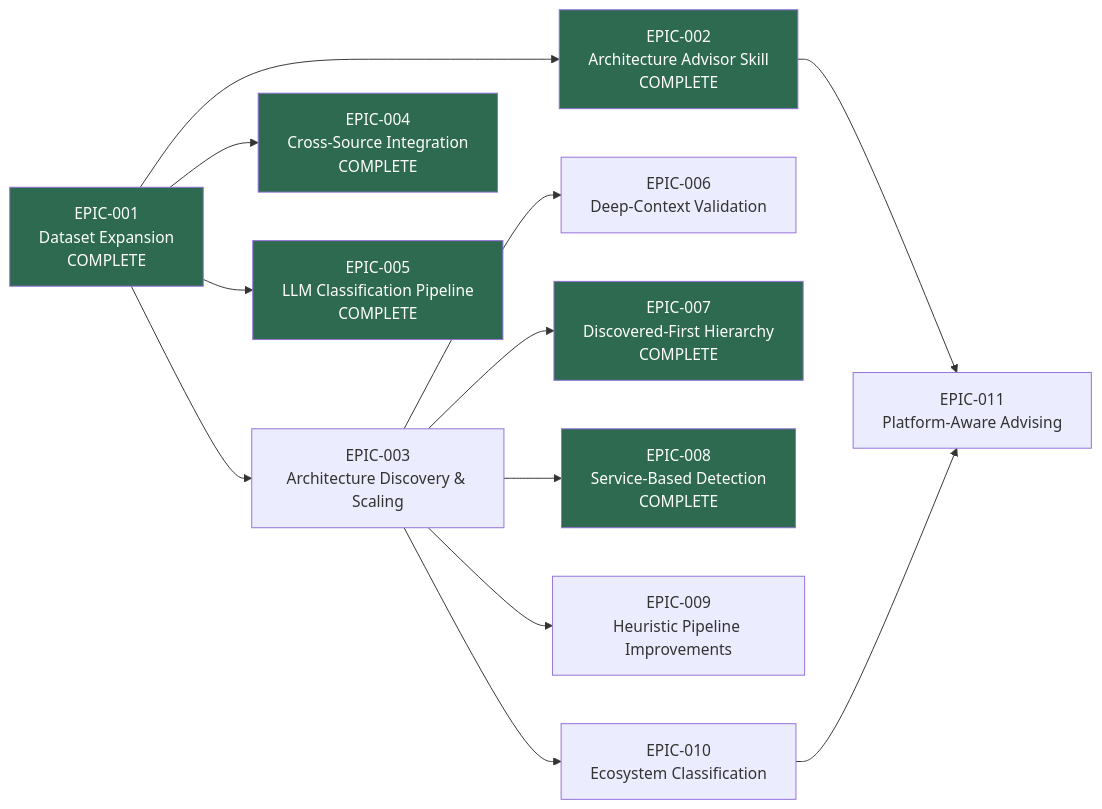
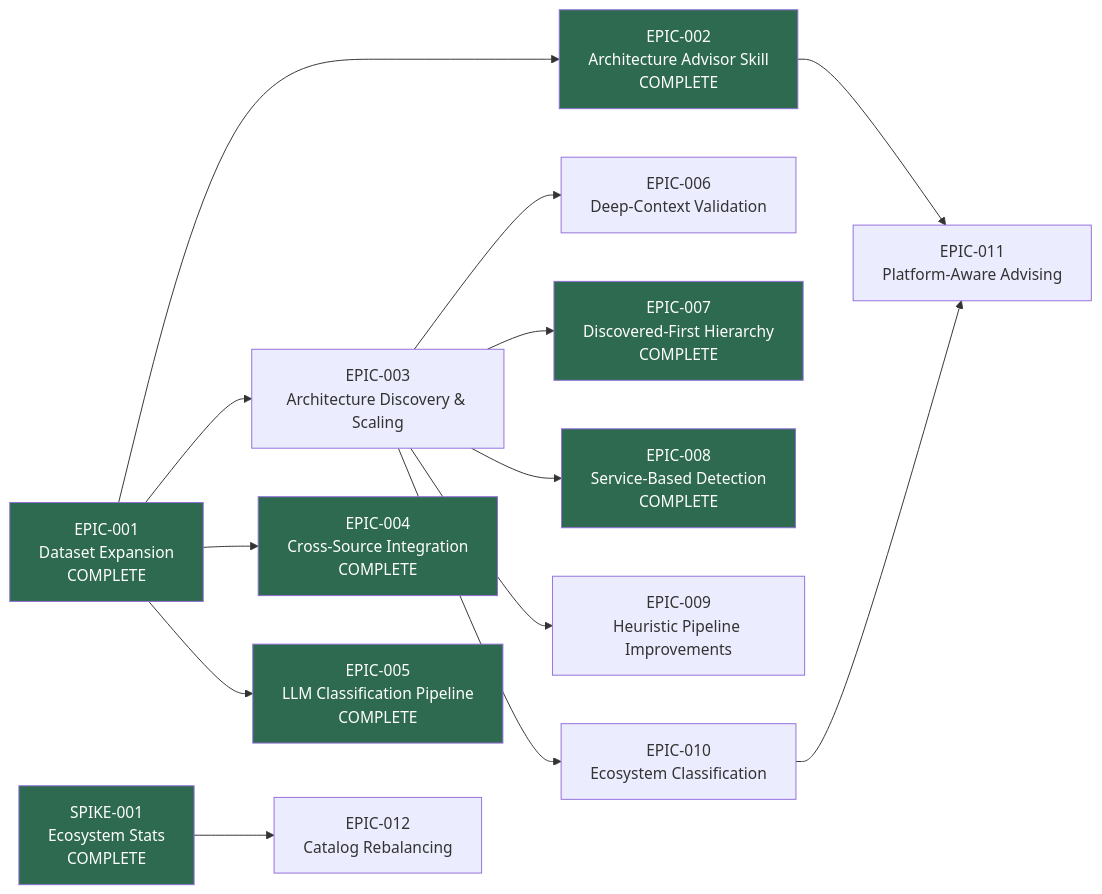
Before and after one commit to cristoslc/architecture-reference: the diagram in docs/vision/(VISION-001)-Evidence-Based-Architecture-Decision-Platform/roadmap.md, drawn with Mermaid. The commit also changed other lines of this file and 4 other files, not shown here.

First line of the commit message:
Create ADR-001 (Two-Axis Catalog Taxonomy) and EPIC-012 (Catalog Rebalancing)

````diff
--- a/docs/vision/(VISION-001)-Evidence-Based-Architecture-Decision-Platform/roadmap.md
+++ b/docs/vision/(VISION-001)-Evidence-Based-Architecture-Decision-Platform/roadmap.md
@@ -7,20 +7,22 @@
 ```mermaid
 graph LR
     E1[EPIC-001<br/>Dataset Expansion<br/>COMPLETE] --> E2[EPIC-002<br/>Architecture Advisor Skill<br/>COMPLETE]
     E1 --> E3[EPIC-003<br/>Architecture Discovery & Scaling]
     E1 --> E4[EPIC-004<br/>Cross-Source Integration<br/>COMPLETE]
     E1 --> E5[EPIC-005<br/>LLM Classification Pipeline<br/>COMPLETE]
     E3 --> E6[EPIC-006<br/>Deep-Context Validation]
     E3 --> E7[EPIC-007<br/>Discovered-First Hierarchy<br/>COMPLETE]
     E3 --> E8[EPIC-008<br/>Service-Based Detection<br/>COMPLETE]
     E3 --> E9[EPIC-009<br/>Heuristic Pipeline Improvements]
     E3 --> E10[EPIC-010<br/>Ecosystem Classification]
     E2 --> E11[EPIC-011<br/>Platform-Aware Advising]
     E10 --> E11
+    S1[SPIKE-001<br/>Ecosystem Stats<br/>COMPLETE] --> E12[EPIC-012<br/>Catalog Rebalancing]
     style E1 fill:#2d6a4f,color:#fff
     style E2 fill:#2d6a4f,color:#fff
     style E4 fill:#2d6a4f,color:#fff
     style E5 fill:#2d6a4f,color:#fff
     style E7 fill:#2d6a4f,color:#fff
     style E8 fill:#2d6a4f,color:#fff
+    style S1 fill:#2d6a4f,color:#fff
 ```
````
